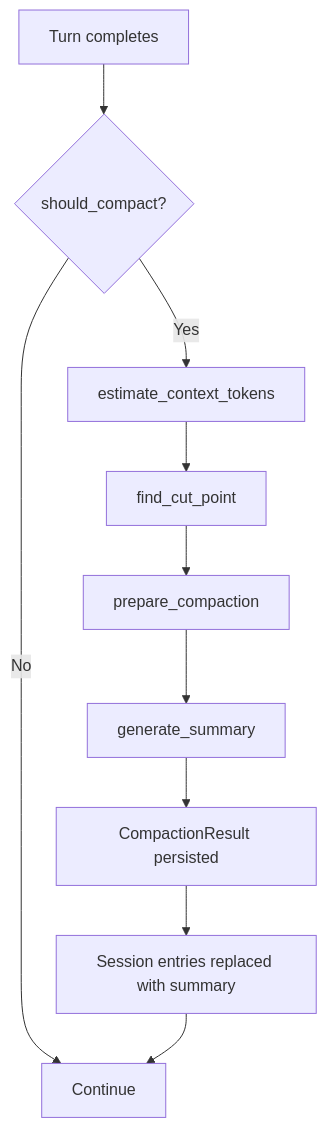
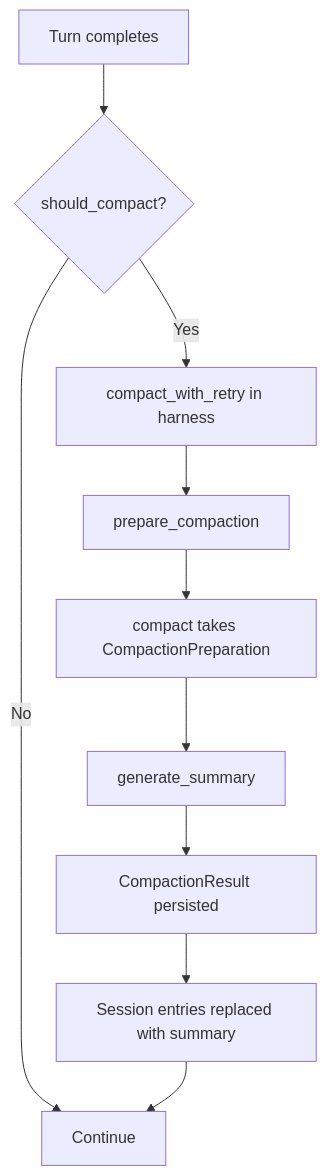
The diagram in openwiki/workflows/compaction.md (riipandi/elph), drawn with Mermaid before and after one commit. The commit also changed other lines of this file and 46 other files, not shown here.

````diff
--- a/openwiki/workflows/compaction.md
+++ b/openwiki/workflows/compaction.md
@@ -28,12 +28,12 @@
 ```mermaid
 flowchart TD
     A[Turn completes] --> B{should_compact?}
     B -->|No| C[Continue]
-    B -->|Yes| D[estimate_context_tokens]
-    D --> E[find_cut_point]
-    E --> F[prepare_compaction]
+    B -->|Yes| D[compact_with_retry in harness]
+    D --> E[prepare_compaction]
+    E --> F[compact takes CompactionPreparation]
     F --> G[generate_summary]
     G --> H[CompactionResult persisted]
     H --> I[Session entries replaced with summary]
     I --> C
 ```
````
